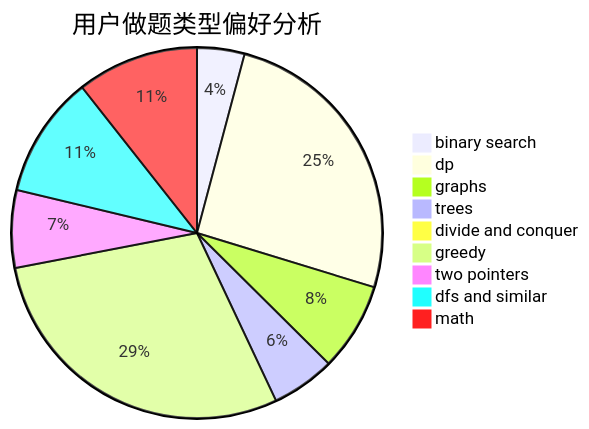
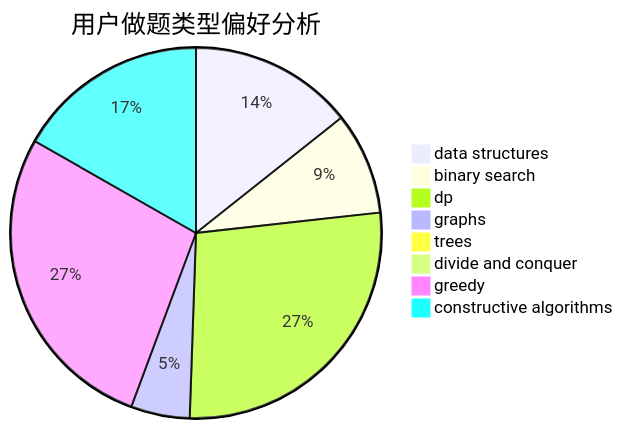
One commit to sherpahu/cfrs.github.io changed the second of 3 diagrams in docs/user/u2571.md. Above: the diagram before and after it, drawn with Mermaid. The commit also changed other lines of this file and 2775 other files, not shown here.

````diff
--- a/docs/user/u2571.md
+++ b/docs/user/u2571.md
@@ -23,12 +23,11 @@
 ```mermaid
 pie title 用户做题类型偏好分析
-    "binary search" :  44
-    "dp" :  272
-    "graphs" :  82
-    "trees" :  59
-    "divide and conquer" :  9
-    "greedy" :  308
-    "two pointers" :  72
-    "dfs and similar" :  113
-    "math" :  113
+    "data structures" :  53
+    "binary search" :  33
+    "dp" :  101
+    "graphs" :  19
+    "trees" :  1
+    "divide and conquer" :  0
+    "greedy" :  102
+    "constructive algorithms" :  62
 ```
````
